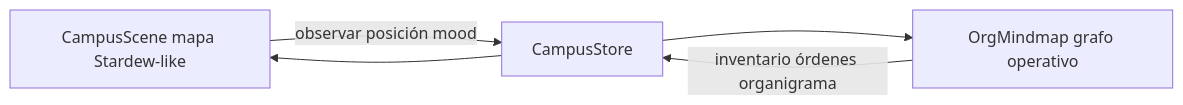
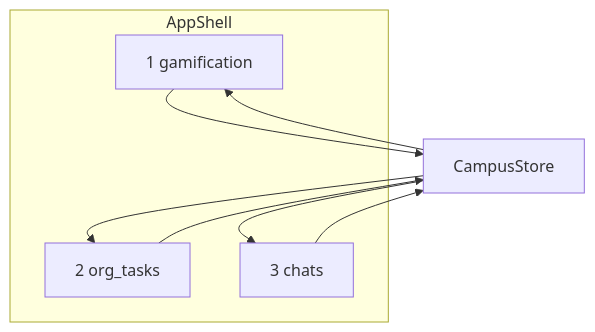
Before and after one commit to sodawave/agent-campus: the third of 3 diagrams in docs/TECH_SPEC.md, drawn with Mermaid. The commit also changed other lines of this file, not shown here.

````diff
--- a/docs/TECH_SPEC.md
+++ b/docs/TECH_SPEC.md
@@ -380,11 +379,15 @@
 ```mermaid
-flowchart LR
-  Map[CampusScene mapa Stardew-like]
-  Ops[OrgMindmap grafo operativo]
+flowchart TB
+  subgraph screens [AppShell]
+    G[1 gamification]
+    O[2 org_tasks]
+    C[3 chats]
+  end
   Store[CampusStore]
-
-  Map -->|observar posición mood| Store
-  Ops -->|inventario órdenes organigrama| Store
-  Store --> Map
-  Store --> Ops
+  G --> Store
+  O --> Store
+  C --> Store
+  Store --> G
+  Store --> O
+  Store --> C
 ```
````
